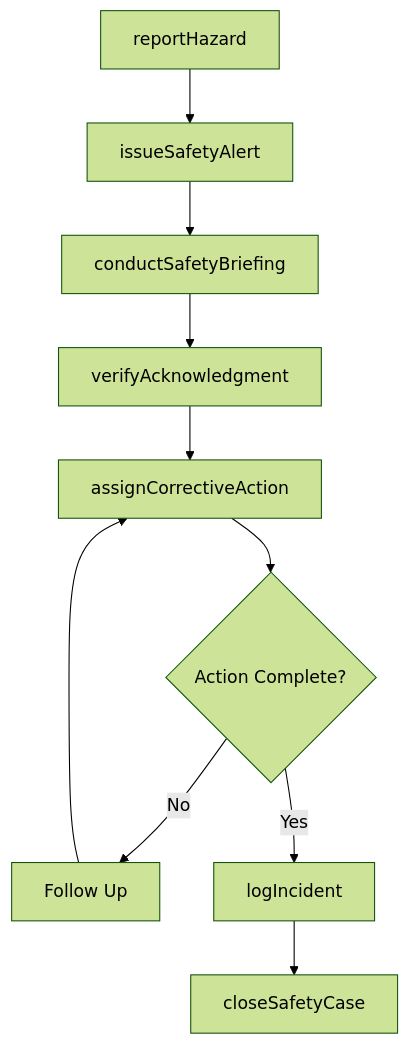
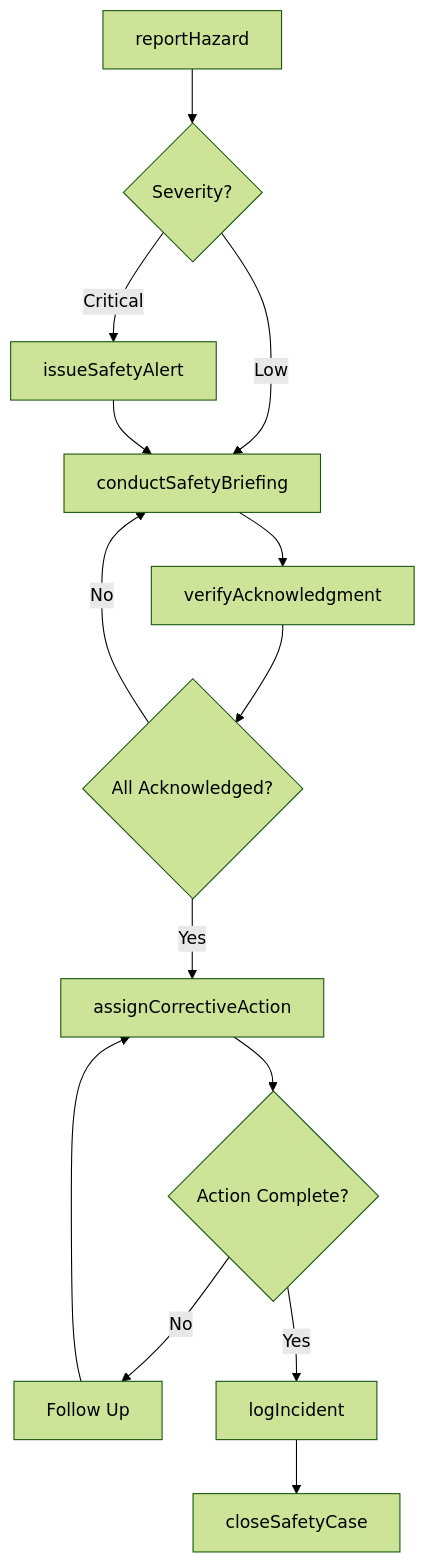
One commit to dot-org-ai/tasks.org.ai changed the third of 4 diagrams in CommunicatingWithSupervisorsPeersOrSubordinates/CommunicateWithOthersAboutOperationalPlansOrActivities/CommunicateSafetyHazardInformationOthers.mdx. Above: the diagram before and after it, drawn with Mermaid (forest theme). The commit also changed other lines of this file and 266 other files, not shown here.

First line of the commit message:
feat: Add ER diagrams, state diagrams to wave 2 batch (251 DWA files)

````diff
--- a/CommunicatingWithSupervisorsPeersOrSubordinates/CommunicateWithOthersAboutOperationalPlansOrActivities/CommunicateSafetyHazardInformationOthers.mdx
+++ b/CommunicatingWithSupervisorsPeersOrSubordinates/CommunicateWithOthersAboutOperationalPlansOrActivities/CommunicateSafetyHazardInformationOthers.mdx
@@ -86,12 +113,16 @@
 ```mermaid
 graph TD
-    A[reportHazard] --> B[issueSafetyAlert]
-    B --> C[conductSafetyBriefing]
-    C --> D[verifyAcknowledgment]
-    D --> E[assignCorrectiveAction]
-    E --> F{Action Complete?}
-    F -->|No| G[Follow Up]
-    G --> E
-    F -->|Yes| H[logIncident]
-    H --> I[closeSafetyCase]
+    A[reportHazard] --> B{Severity?}
+    B -->|Critical| C[issueSafetyAlert]
+    B -->|Low| D[conductSafetyBriefing]
+    C --> D
+    D --> E[verifyAcknowledgment]
+    E --> F{All Acknowledged?}
+    F -->|No| D
+    F -->|Yes| G[assignCorrectiveAction]
+    G --> H{Action Complete?}
+    H -->|No| I[Follow Up]
+    I --> G
+    H -->|Yes| J[logIncident]
+    J --> K[closeSafetyCase]
 ```
````
